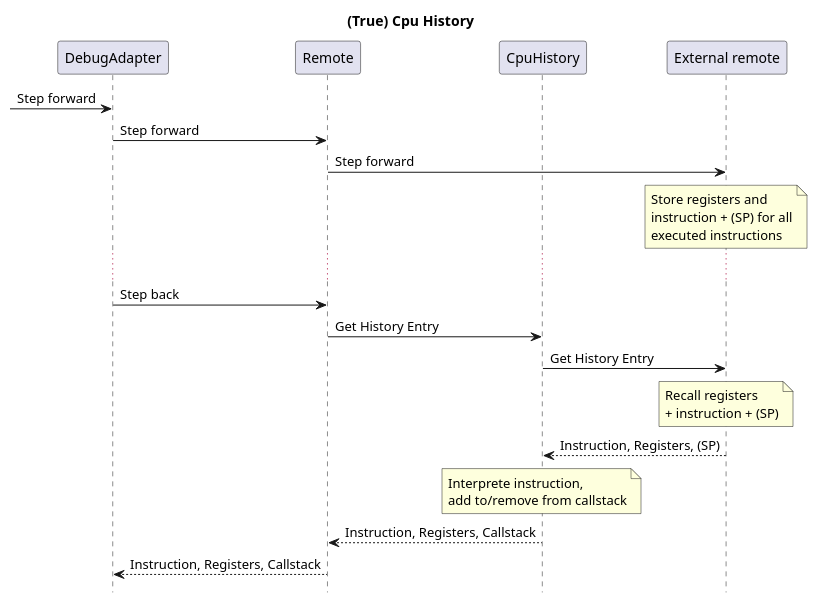
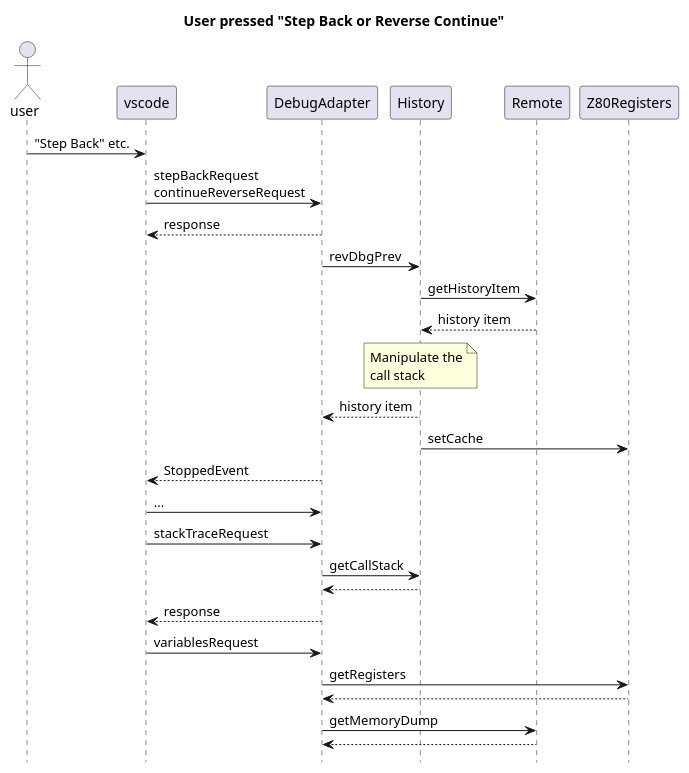
The third of 4 diagrams in design/reversedebugging.md (maziac/DeZog), drawn with PlantUML before and after one commit. The commit also changed other lines of this file and 2 other files, not shown here.

````diff
--- a/design/reversedebugging.md
+++ b/design/reversedebugging.md
@@ -108,23 +121,37 @@
 ```puml
 hide footbox
-title (True) Cpu History
+title User pressed "Step Back or Reverse Continue"
+actor user
+participant vscode
+participant "DebugAdapter" as da
+participant "History" as history
+participant "Remote" as remote
+participant "Z80Registers" as registers
 
-participant DebugAdapter
-participant Remote
-participant CpuHistory
-participant External as "External remote"
+user -> vscode: "Step Back" etc.
+vscode -> da: stepBackRequest\ncontinueReverseRequest
+vscode <-- da: response
 
--> DebugAdapter: Step forward
-DebugAdapter -> Remote: Step forward
-Remote -> External: Step forward
-note over External: Store registers and \ninstruction + (SP) for all\nexecuted instructions
-...
-DebugAdapter -> Remote: Step back
-Remote -> CpuHistory: Get History Entry
-CpuHistory -> External: Get History Entry
-note over External: Recall registers\n+ instruction + (SP)
-CpuHistory <-- External: Instruction, Registers, (SP)
-note over CpuHistory: Interprete instruction,\nadd to/remove from callstack
-Remote <-- CpuHistory: Instruction, Registers, Callstack
-DebugAdapter <-- Remote: Instruction, Registers, Callstack
+da -> history: revDbgPrev
+history -> remote: getHistoryItem
+history <-- remote: history item
+note over history: Manipulate the\ncall stack
+da <-- history: history item
+history -> registers: setCache
+vscode <-- da: StoppedEvent
+
+vscode -> da: ...
+
+vscode -> da: stackTraceRequest
+da -> history: getCallStack
+da <-- history
+vscode <-- da: response
+
+vscode -> da: variablesRequest
+
+da -> registers: getRegisters
+da <-- registers
+
+da -> remote: getMemoryDump
+da <-- remote
 ```
````
